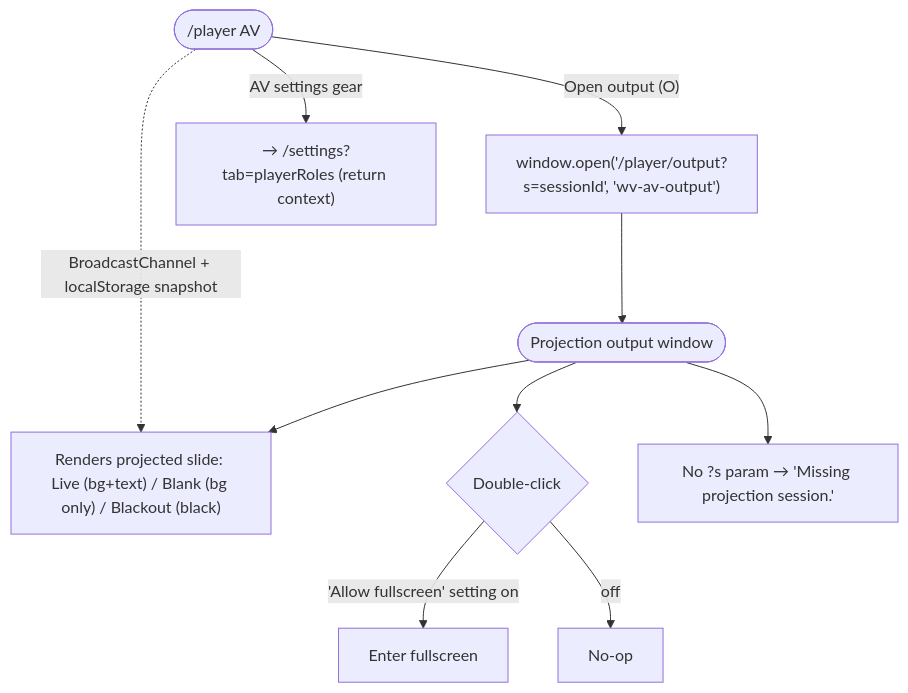
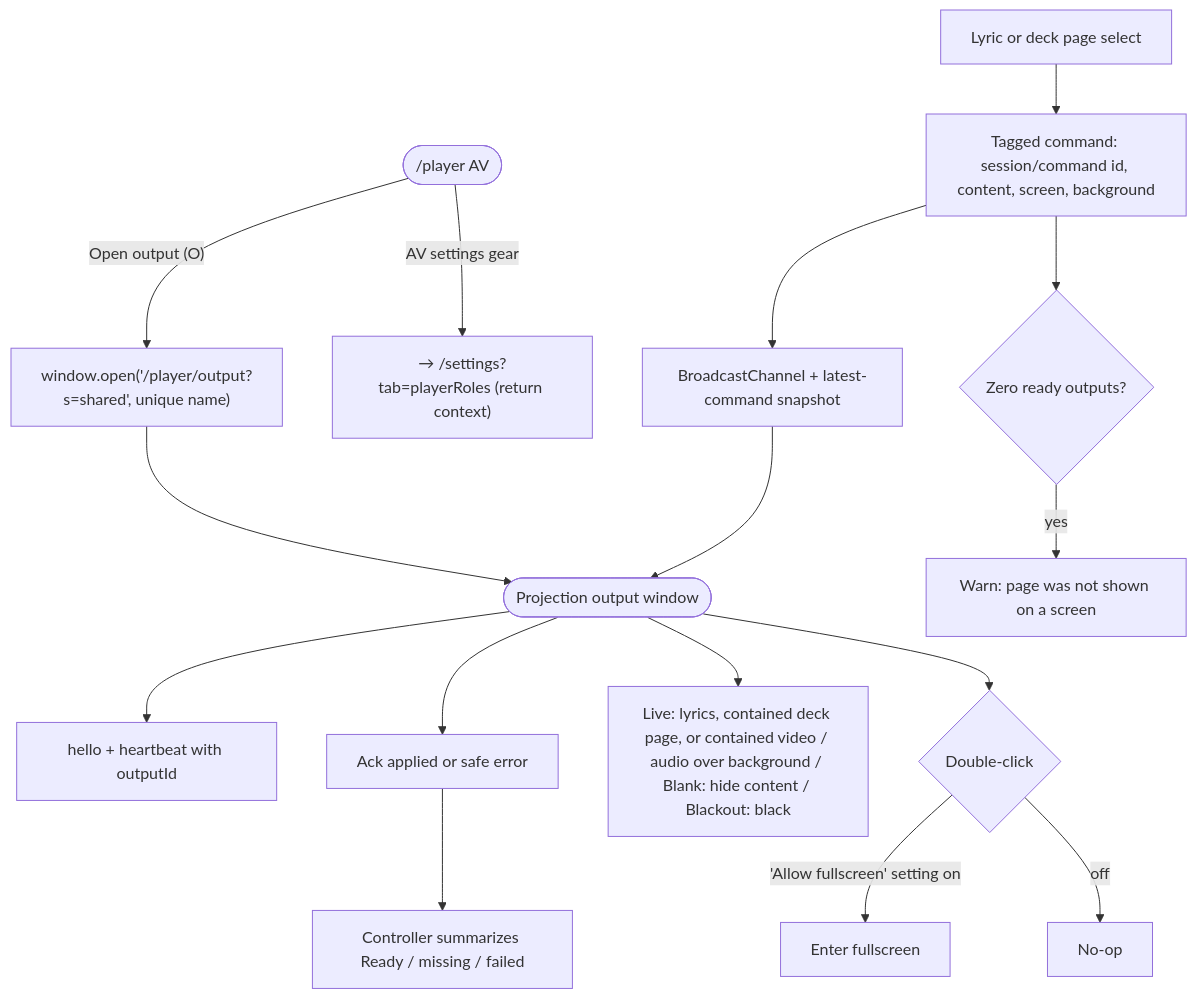
Before and after one commit to xilefmusics/worship_viewer: diagram 38 of 56 in docs/architecture/frontend-user-flows.md, drawn with Mermaid. The commit also changed other lines of this file and 183 other files, not shown here.

````diff
--- a/docs/architecture/frontend-user-flows.md
+++ b/docs/architecture/frontend-user-flows.md
@@ -645,12 +646,18 @@
 ```mermaid
 flowchart TD
-    av(["/player AV"]) -->|"Open output (O)"| open["window.open('/player/output?s=sessionId', 'wv-av-output')"]
+    av(["/player AV"]) -->|"Open output (O)"| open["window.open('/player/output?s=shared', unique name)"]
     open --> out(["Projection output window"])
-    out --> render["Renders projected slide: Live (bg+text) / Blank (bg only) / Blackout (black)"]
-    av -. "BroadcastChannel + localStorage snapshot" .-> render
+    out --> hello["hello + heartbeat with outputId"]
+    page["Lyric or deck page select"] --> cmd["Tagged command: session/command id, content, screen, background"]
+    cmd --> bc["BroadcastChannel + latest-command snapshot"]
+    bc --> out
+    out --> ack["Ack applied or safe error"]
+    ack --> registry["Controller summarizes Ready / missing / failed"]
+    cmd --> warn{"Zero ready outputs?"}
+    warn -->|yes| missing["Warn: page was not shown on a screen"]
+    out --> render["Live: lyrics, contained deck page, or contained video / audio over background / Blank: hide content / Blackout: black"]
     out --> fs{"Double-click"}
     fs -->|'Allow fullscreen' setting on| full["Enter fullscreen"]
     fs -->|off| nofull["No-op"]
-    out --> missing["No ?s param → 'Missing projection session.'"]
     av -->|AV settings gear| settings["→ /settings?tab=playerRoles (return context)"]
 ```
````
